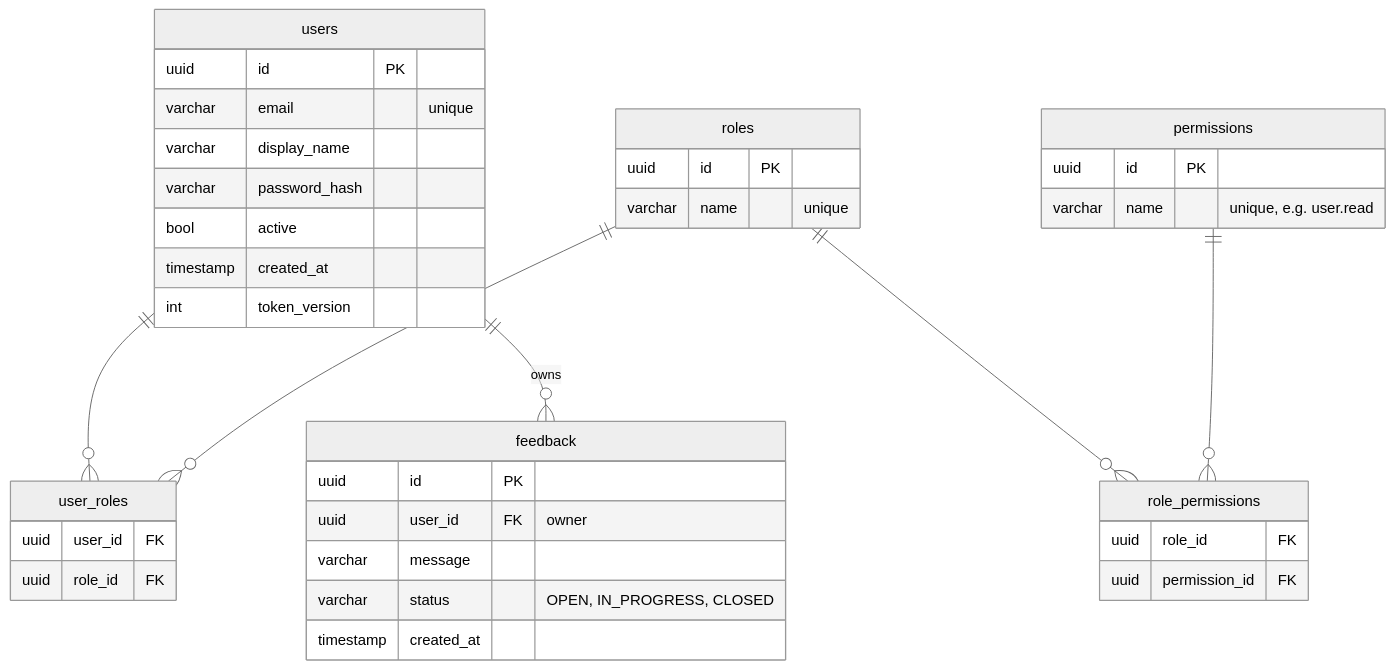
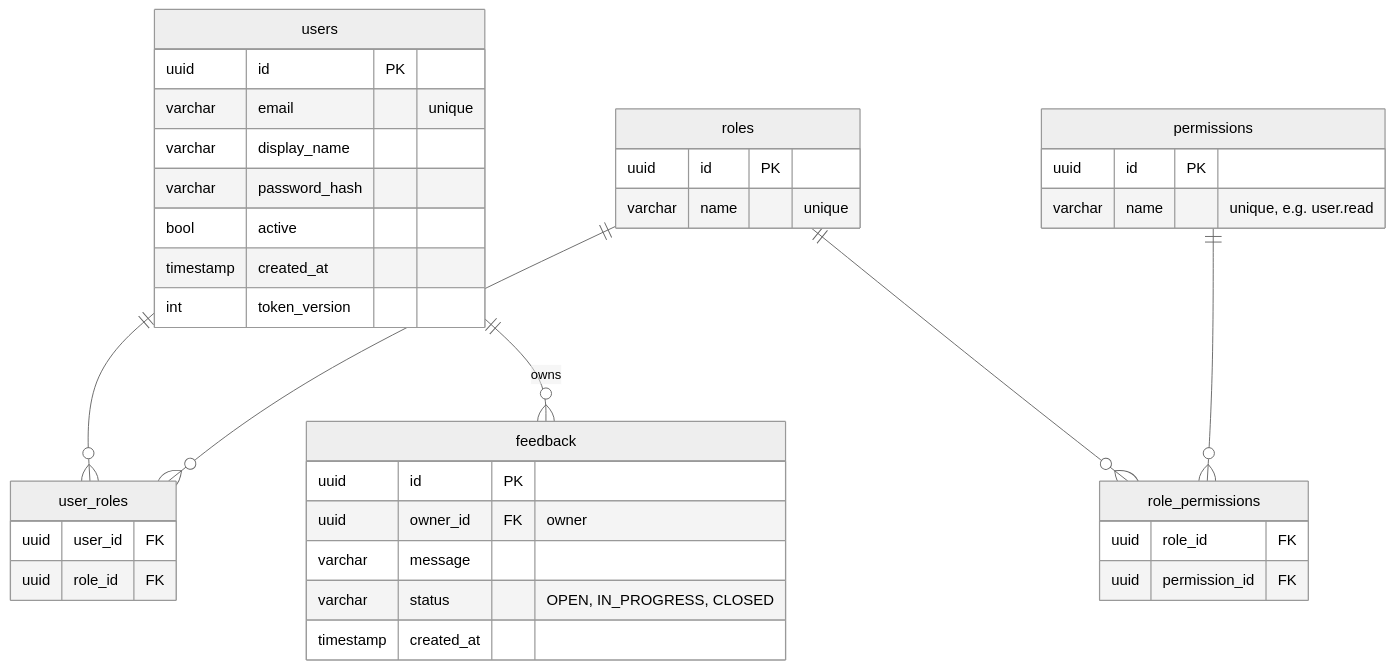
Before and after one commit to CleanPrompt/brul: the diagram in docs/guide/09-database.md, drawn with Mermaid (neutral theme). The commit also changed other lines of this file and 37 other files, not shown here.

````diff
--- a/docs/guide/09-database.md
+++ b/docs/guide/09-database.md
@@ -9,40 +9,40 @@
 ```mermaid
 erDiagram
     users {
         uuid id PK
         varchar email "unique"
         varchar display_name
         varchar password_hash
         bool active
         timestamp created_at
         int token_version
     }
     roles {
         uuid id PK
         varchar name "unique"
     }
     permissions {
         uuid id PK
         varchar name "unique, e.g. user.read"
     }
     user_roles {
         uuid user_id FK
         uuid role_id FK
     }
     role_permissions {
         uuid role_id FK
         uuid permission_id FK
     }
     feedback {
         uuid id PK
-        uuid user_id FK "owner"
+        uuid owner_id FK "owner"
         varchar message
         varchar status "OPEN, IN_PROGRESS, CLOSED"
         timestamp created_at
     }
     users ||--o{ user_roles : ""
     roles ||--o{ user_roles : ""
     roles ||--o{ role_permissions : ""
     permissions ||--o{ role_permissions : ""
     users ||--o{ feedback : owns
 ```
````
